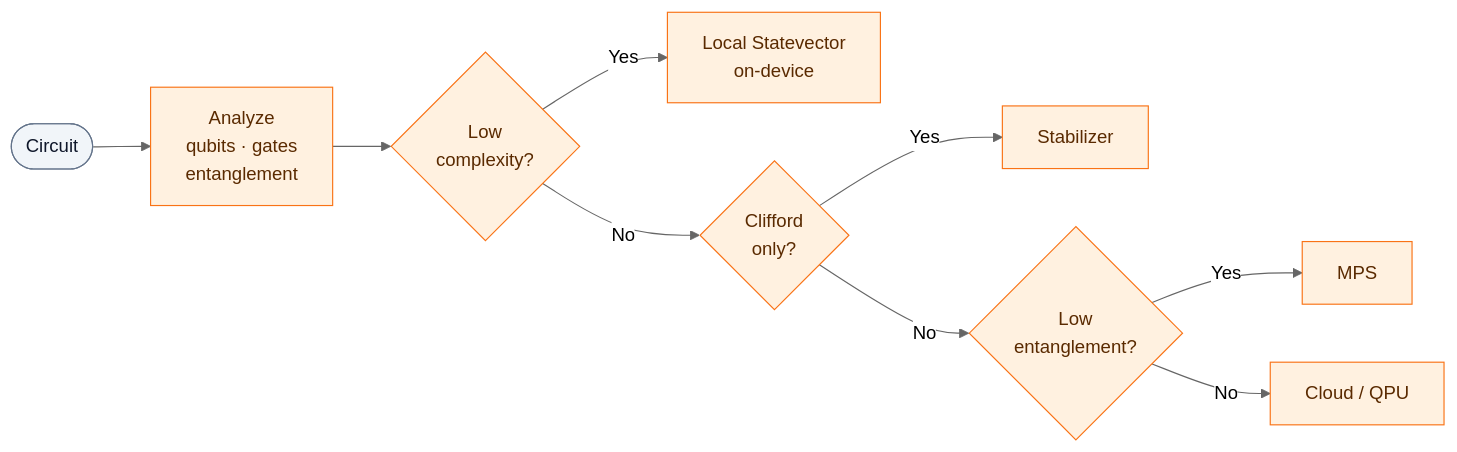
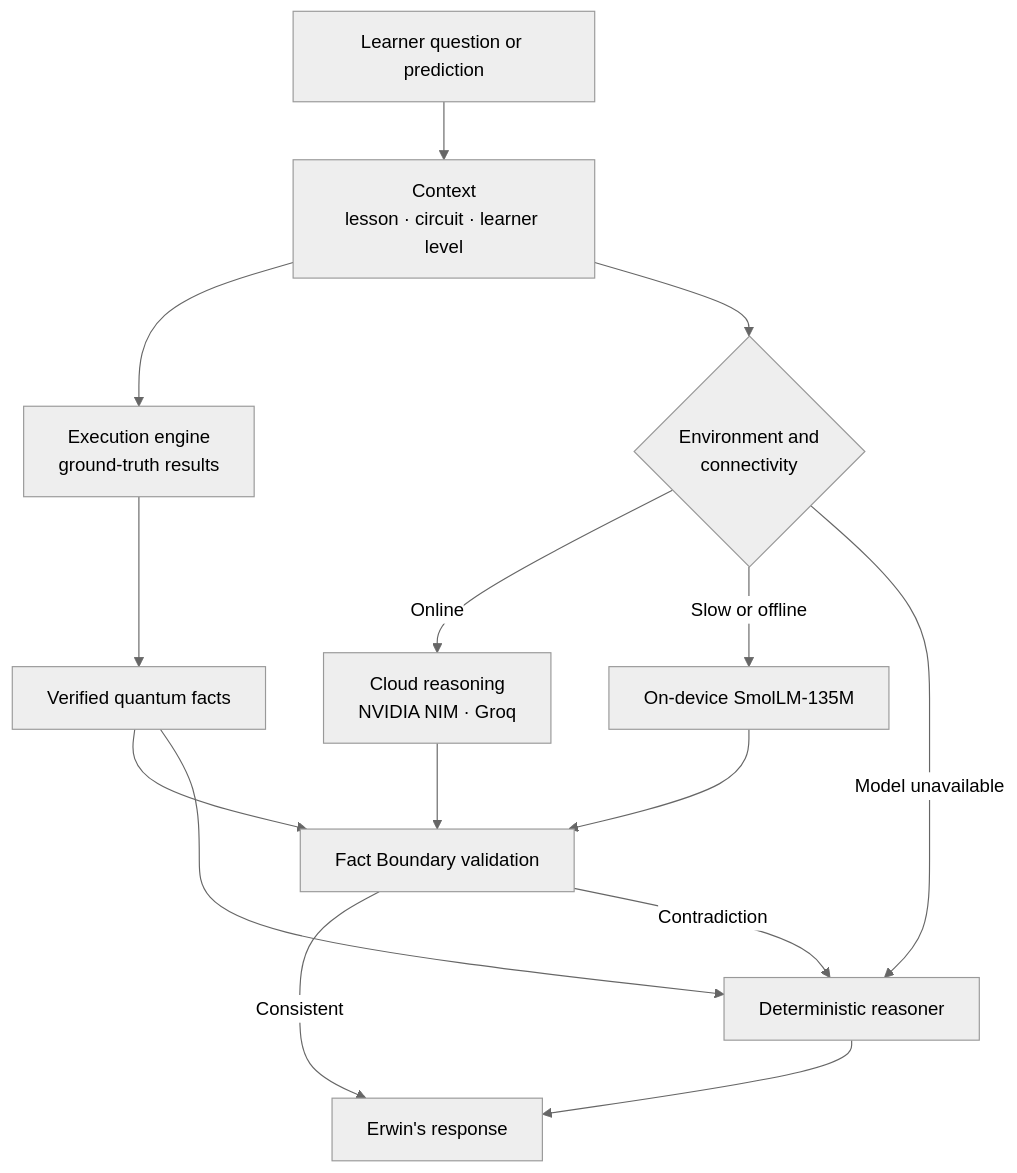
The seventh of 7 diagrams in README.md (aaruhyakumar2006/Qualution-), drawn with Mermaid (neutral theme) before and after one commit. The commit also changed other lines of this file, not shown here.

````diff
--- a/README.md
+++ b/README.md
@@ -270,15 +442,17 @@
 ```mermaid
-flowchart LR
-    C(["Circuit"]) --> A["Analyze<br/>qubits · gates<br/>entanglement"]
-    A --> Q1{"Low<br/>complexity?"}
-    Q1 -->|"Yes"| SV["Local Statevector<br/>on-device"]
-    Q1 -->|"No"| Q2{"Clifford<br/>only?"}
-    Q2 -->|"Yes"| ST["Stabilizer"]
-    Q2 -->|"No"| Q3{"Low<br/>entanglement?"}
-    Q3 -->|"Yes"| MPS["MPS"]
-    Q3 -->|"No"| CL["Cloud / QPU"]
-    classDef exec fill:#FFF1E0,stroke:#F97316,color:#5A2A00
-    classDef io fill:#F1F5F9,stroke:#64748B,color:#0F172A
-    class C io
-    class A,Q1,Q2,Q3,SV,ST,MPS,CL exec
+flowchart TD
+    Q["Learner question or prediction"] --> CTX["Context<br/>lesson · circuit · learner level"]
+    CTX --> ENG["Execution engine<br/>ground-truth results"]
+    ENG --> FACTS["Verified quantum facts"]
+    CTX --> RT{"Environment and<br/>connectivity"}
+    RT -->|"Online"| CL["Cloud reasoning<br/>NVIDIA NIM · Groq"]
+    RT -->|"Slow or offline"| LO["On-device SmolLM-135M"]
+    RT -->|"Model unavailable"| DET["Deterministic reasoner"]
+    FACTS --> VAL["Fact Boundary validation"]
+    CL --> VAL
+    LO --> VAL
+    FACTS --> DET
+    VAL -->|"Consistent"| OUT["Erwin's response"]
+    VAL -->|"Contradiction"| DET
+    DET --> OUT
 ```
````
